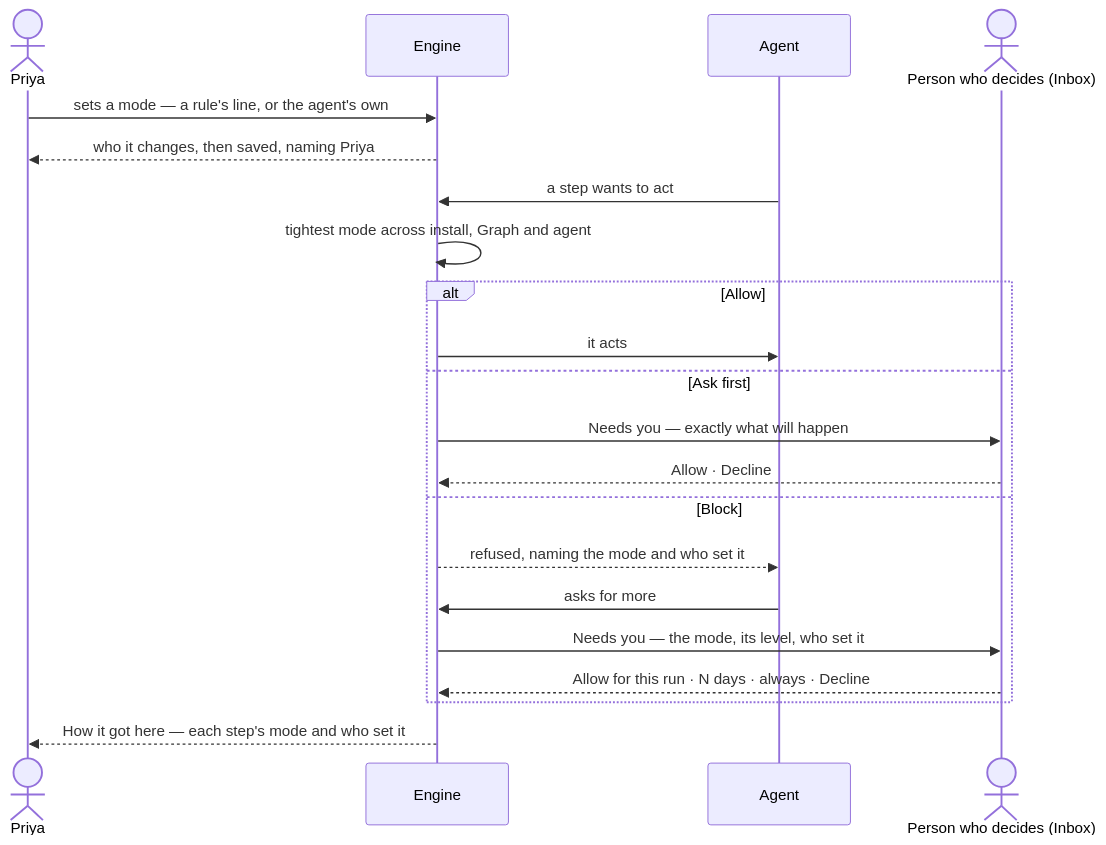
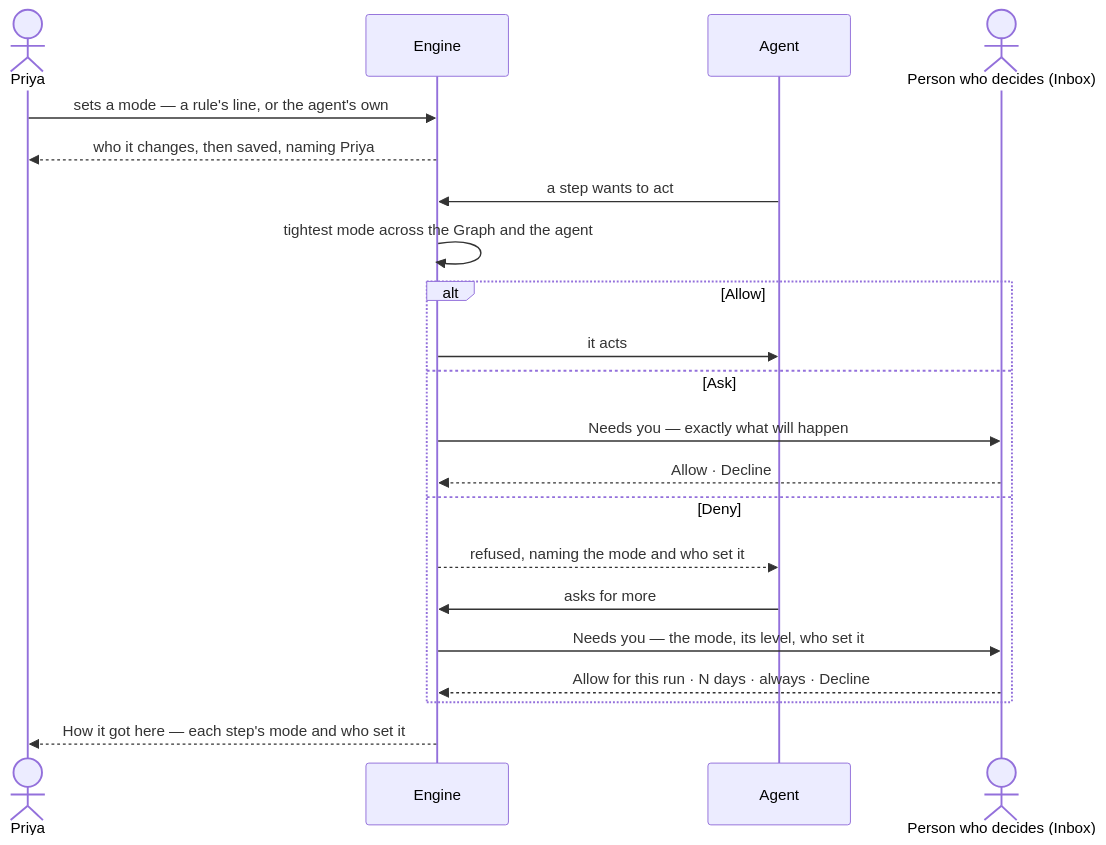
Before and after one commit to invana/invana: the second of 2 diagrams in specs/journeys/J06-set-what-an-agent-may-touch.md, drawn with Mermaid. The commit also changed other lines of this file and 30 other files, not shown here.

First line of the commit message:
docs: agent modes read Allow · Ask · Deny, set per Graph and per agent

````diff
--- a/specs/journeys/J06-set-what-an-agent-may-touch.md
+++ b/specs/journeys/J06-set-what-an-agent-may-touch.md
@@ -41,23 +41,23 @@
 ```mermaid
 sequenceDiagram
   actor P as Priya
   participant E as Engine
   participant A as Agent
   actor D as Person who decides (Inbox)
   P->>E: sets a mode — a rule's line, or the agent's own
   E-->>P: who it changes, then saved, naming Priya
   A->>E: a step wants to act
-  E->>E: tightest mode across install, Graph and agent
+  E->>E: tightest mode across the Graph and the agent
   alt Allow
     E->>A: it acts
-  else Ask first
+  else Ask
     E->>D: Needs you — exactly what will happen
     D-->>E: Allow · Decline
-  else Block
+  else Deny
     E-->>A: refused, naming the mode and who set it
     A->>E: asks for more
     E->>D: Needs you — the mode, its level, who set it
     D-->>E: Allow for this run · N days · always · Decline
   end
   E-->>P: How it got here — each step's mode and who set it
 ```
````
